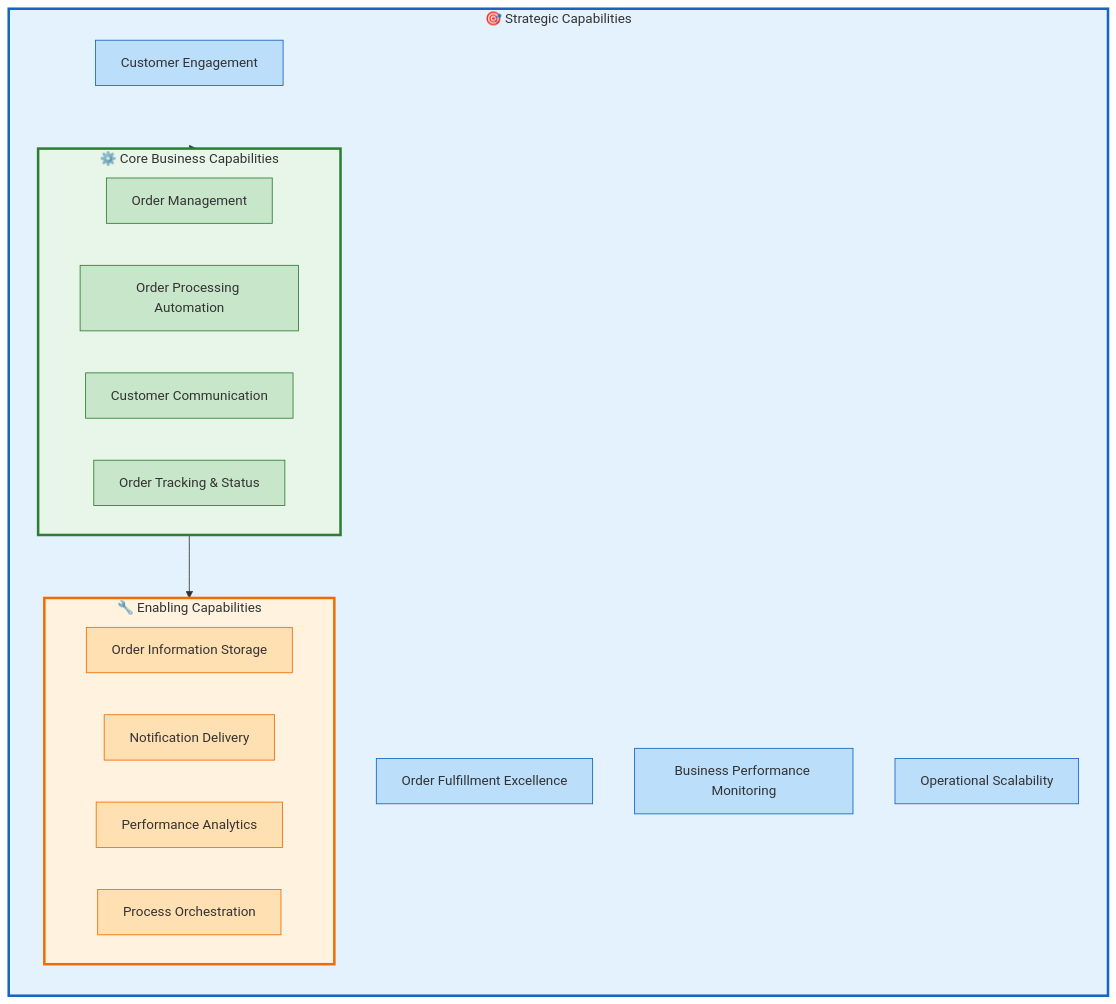
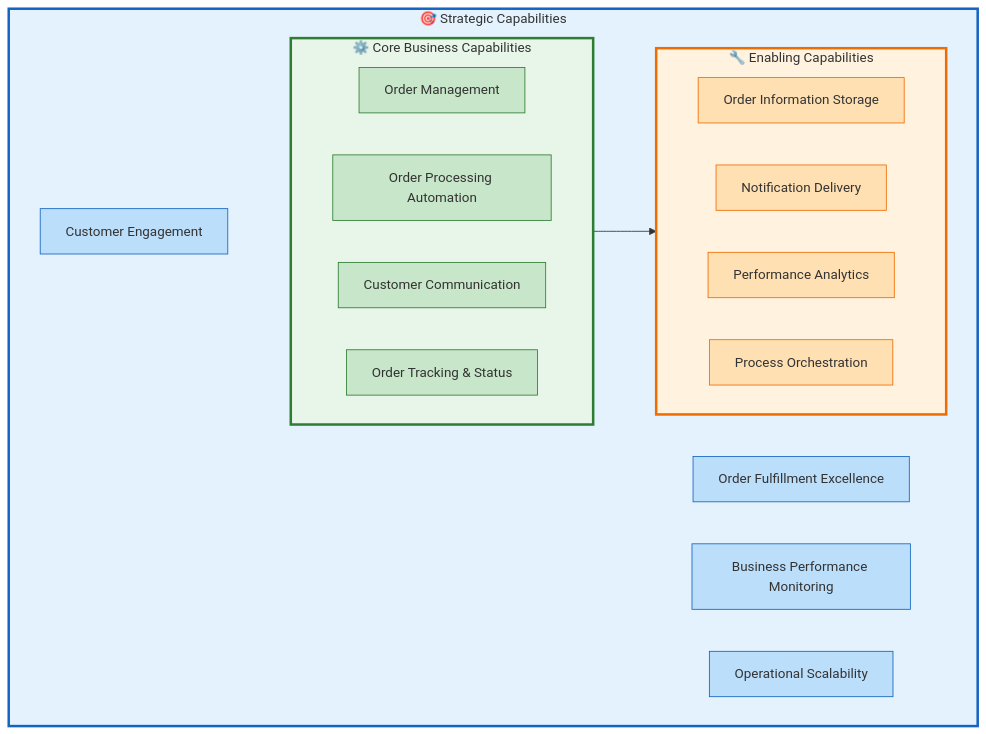
Before and after one commit to Evilazaro/Azure-LogicApps-Monitoring: the first of 8 diagrams in docs/architecture/business-architecture.md, drawn with Mermaid.

Commit message:
docs: Change flowchart direction from TD to LR in Business Architecture document for improved visualization

````diff
--- a/docs/architecture/business-architecture.md
+++ b/docs/architecture/business-architecture.md
@@ -126,44 +126,44 @@
 ```mermaid
 flowchart TD
     subgraph strategic["🎯 Strategic Capabilities"]
-        direction TD
+        direction LR
         SC1["Customer Engagement"]
         SC2["Order Fulfillment Excellence"]
         SC3["Business Performance Monitoring"]
         SC4["Operational Scalability"]
         subgraph core["⚙️ Core Business Capabilities"]
             direction LR
             CC1["Order Management"]
             CC2["Order Processing Automation"]
             CC3["Customer Communication"]
             CC4["Order Tracking & Status"]
         end
         subgraph enabling["🔧 Enabling Capabilities"]
             direction LR
             EC1["Order Information Storage"]
             EC2["Notification Delivery"]
             EC3["Performance Analytics"]
             EC4["Process Orchestration"]
         end
     end
     
     strategic --> core
     core --> enabling
     
     style strategic fill:#E3F2FD,stroke:#1565C0,stroke-width:3px
     style core fill:#E8F5E9,stroke:#2E7D32,stroke-width:3px
     style enabling fill:#FFF3E0,stroke:#EF6C00,stroke-width:3px
     
     style SC1 fill:#BBDEFB,stroke:#1565C0
     style SC2 fill:#BBDEFB,stroke:#1565C0
     style SC3 fill:#BBDEFB,stroke:#1565C0
     style SC4 fill:#BBDEFB,stroke:#1565C0
     style CC1 fill:#C8E6C9,stroke:#2E7D32
     style CC2 fill:#C8E6C9,stroke:#2E7D32
     style CC3 fill:#C8E6C9,stroke:#2E7D32
     style CC4 fill:#C8E6C9,stroke:#2E7D32
     style EC1 fill:#FFE0B2,stroke:#EF6C00
     style EC2 fill:#FFE0B2,stroke:#EF6C00
     style EC3 fill:#FFE0B2,stroke:#EF6C00
     style EC4 fill:#FFE0B2,stroke:#EF6C00
 ```
````
